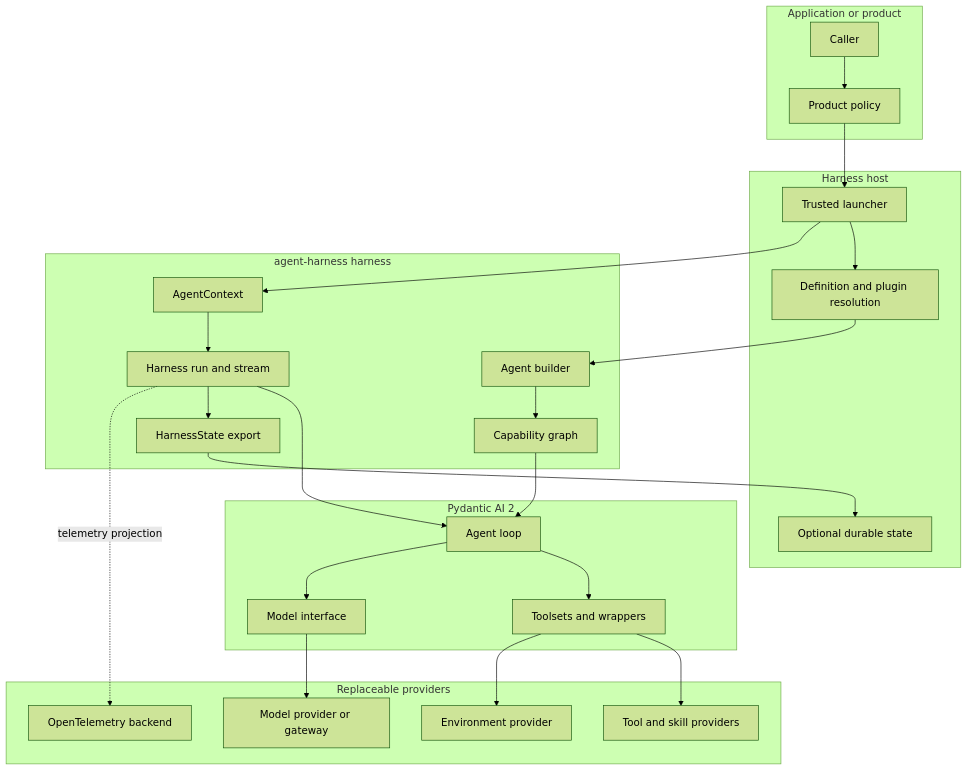
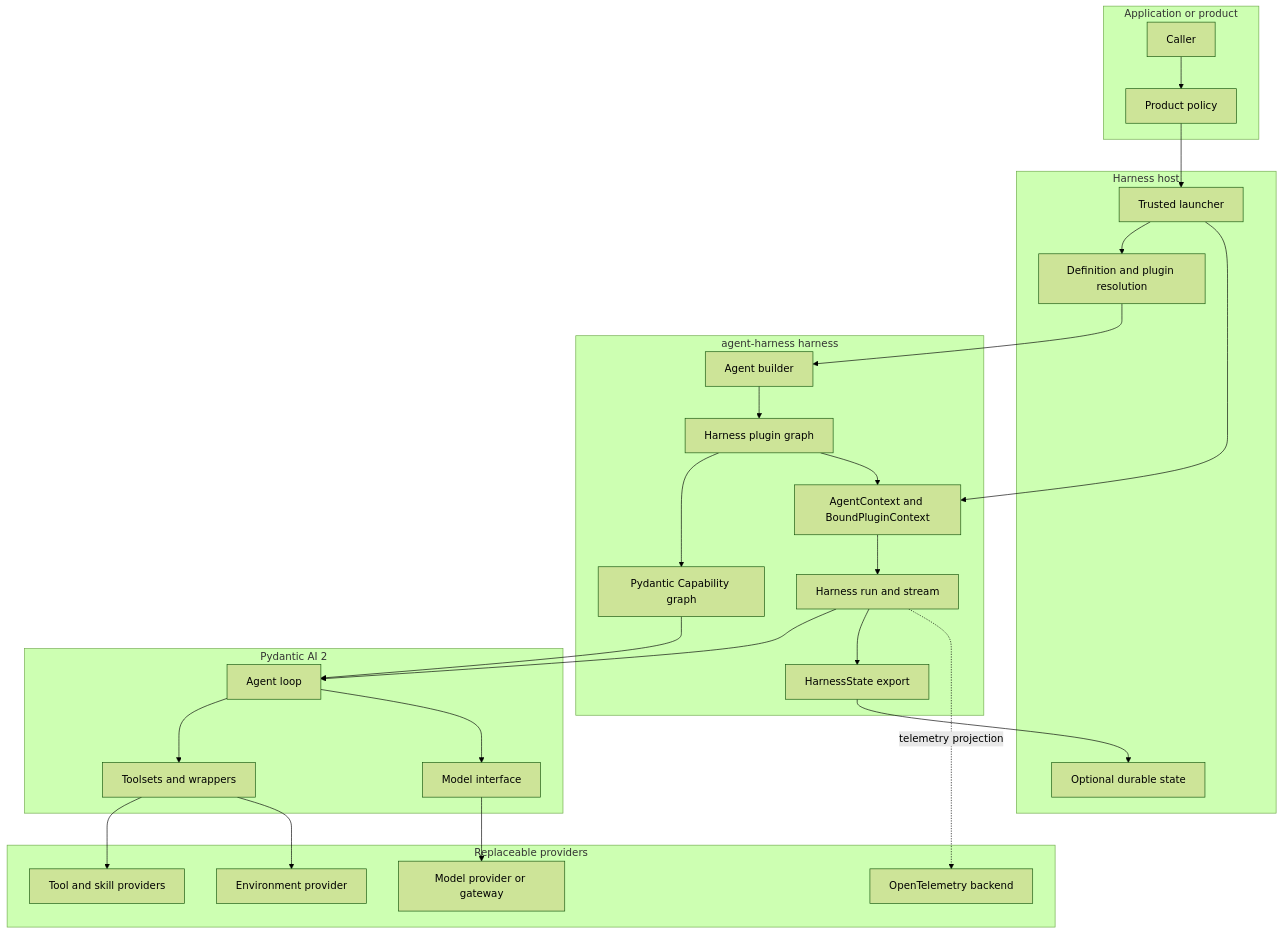
One commit to LTThreeComma/agent-foundation changed the first of 3 diagrams in spec/agent-harness/00-overview.md. Above: the diagram before and after it, drawn with Mermaid (forest theme). The commit also changed other lines of this file and 21 other files, not shown here.

First line of the commit message:
feat(harness): define first-class plugin lifecycle

````diff
--- a/spec/agent-harness/00-overview.md
+++ b/spec/agent-harness/00-overview.md
@@ -29,47 +29,48 @@
 ```mermaid
 flowchart TB
     subgraph Product[Application or product]
         Caller[Caller]
         ProductPolicy[Product policy]
     end
 
     subgraph Host[Harness host]
         Launcher[Trusted launcher]
         Resolve[Definition and plugin resolution]
         HostState[Optional durable state]
     end
 
     subgraph Harness[agent-harness harness]
         Builder[Agent builder]
-        Context[AgentContext]
-        Capabilities[Capability graph]
+        Plugins[Harness plugin graph]
+        Context[AgentContext and BoundPluginContext]
+        Capabilities[Pydantic Capability graph]
         Run[Harness run and stream]
         State[HarnessState export]
     end
 
     subgraph Pydantic[Pydantic AI 2]
         Agent[Agent loop]
         Toolsets[Toolsets and wrappers]
         Models[Model interface]
     end
 
     subgraph Providers[Replaceable providers]
         Environment[Environment provider]
         Tools[Tool and skill providers]
         ModelProvider[Model provider or gateway]
         Telemetry[OpenTelemetry backend]
     end
 
     Caller --> ProductPolicy --> Launcher
     Launcher --> Resolve
     Launcher --> Context
-    Resolve --> Builder
-    Builder --> Capabilities --> Agent
-    Context --> Run --> Agent
+    Resolve --> Builder --> Plugins
+    Plugins --> Capabilities --> Agent
+    Plugins --> Context --> Run --> Agent
     Agent --> Toolsets
     Agent --> Models --> ModelProvider
     Toolsets --> Tools
     Toolsets --> Environment
     Run --> State --> HostState
     Run -. telemetry projection .-> Telemetry
 ```
````
